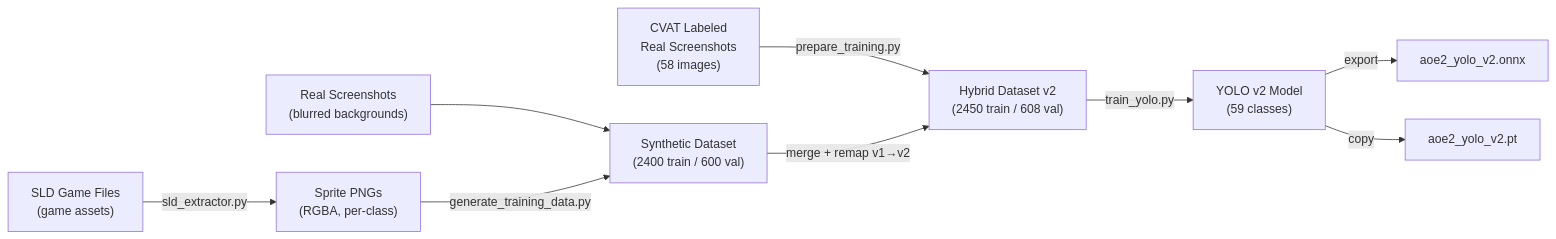
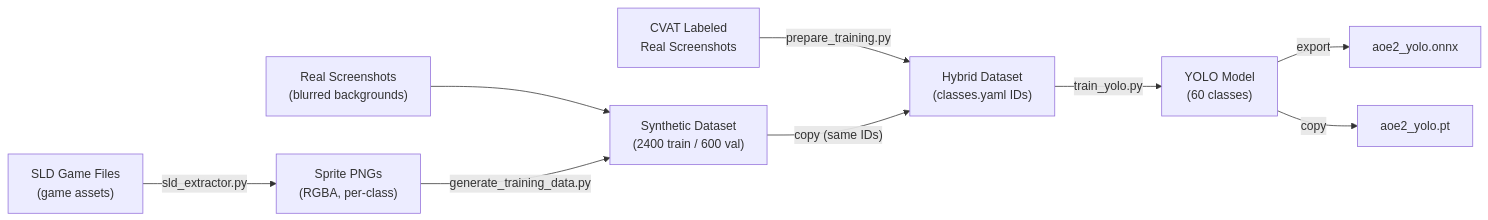
Before and after one commit to dobosmarton/aoe2-agent: the diagram in docs/part3-entity-detection/08-training-pipeline.md, drawn with Mermaid. The commit also changed other lines of this file and 7 other files, not shown here.

````diff
--- a/docs/part3-entity-detection/08-training-pipeline.md
+++ b/docs/part3-entity-detection/08-training-pipeline.md
@@ -7,11 +7,11 @@
 ```mermaid
 flowchart LR
     SLD["SLD Game Files<br/>(game assets)"] -->|sld_extractor.py| PNG["Sprite PNGs<br/>(RGBA, per-class)"]
     BG["Real Screenshots<br/>(blurred backgrounds)"] --> GEN
     PNG -->|generate_training_data.py| GEN["Synthetic Dataset<br/>(2400 train / 600 val)"]
-    CVAT["CVAT Labeled<br/>Real Screenshots<br/>(58 images)"] -->|prepare_training.py| MERGE["Hybrid Dataset v2<br/>(2450 train / 608 val)"]
-    GEN -->|"merge + remap v1→v2"| MERGE
-    MERGE -->|train_yolo.py| MODEL["YOLO v2 Model<br/>(59 classes)"]
-    MODEL -->|export| ONNX["aoe2_yolo_v2.onnx"]
-    MODEL -->|copy| PT["aoe2_yolo_v2.pt"]
+    CVAT["CVAT Labeled<br/>Real Screenshots"] -->|prepare_training.py| MERGE["Hybrid Dataset<br/>(classes.yaml IDs)"]
+    GEN -->|"copy (same IDs)"| MERGE
+    MERGE -->|train_yolo.py| MODEL["YOLO Model<br/>(60 classes)"]
+    MODEL -->|export| ONNX["aoe2_yolo.onnx"]
+    MODEL -->|copy| PT["aoe2_yolo.pt"]
 ```
````
